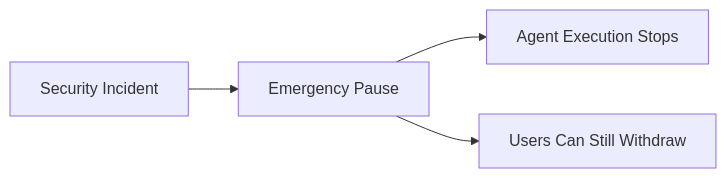
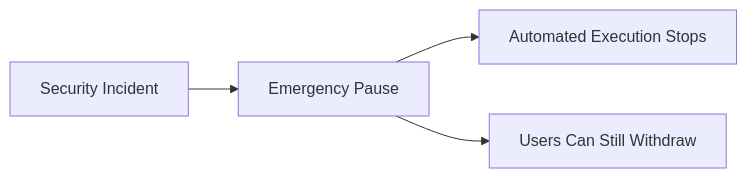
One commit to tokenpage/yieldseeker-docs changed the diagram in risk-management/exit-and-recovery.mdx. Above: the diagram before and after it, drawn with Mermaid. The commit also changed other lines of this file and 1 other file, not shown here.

````diff
--- a/risk-management/exit-and-recovery.mdx
+++ b/risk-management/exit-and-recovery.mdx
@@ -63,11 +63,11 @@
 ```mermaid
 flowchart LR
     Incident["Security Incident"]
     Pause["Emergency Pause"]
-    Stop["Agent Execution Stops"]
+    Stop["Automated Execution Stops"]
     Withdraw["Users Can Still Withdraw"]
 
     Incident --> Pause
     Pause --> Stop
     Pause --> Withdraw
 ```
````
